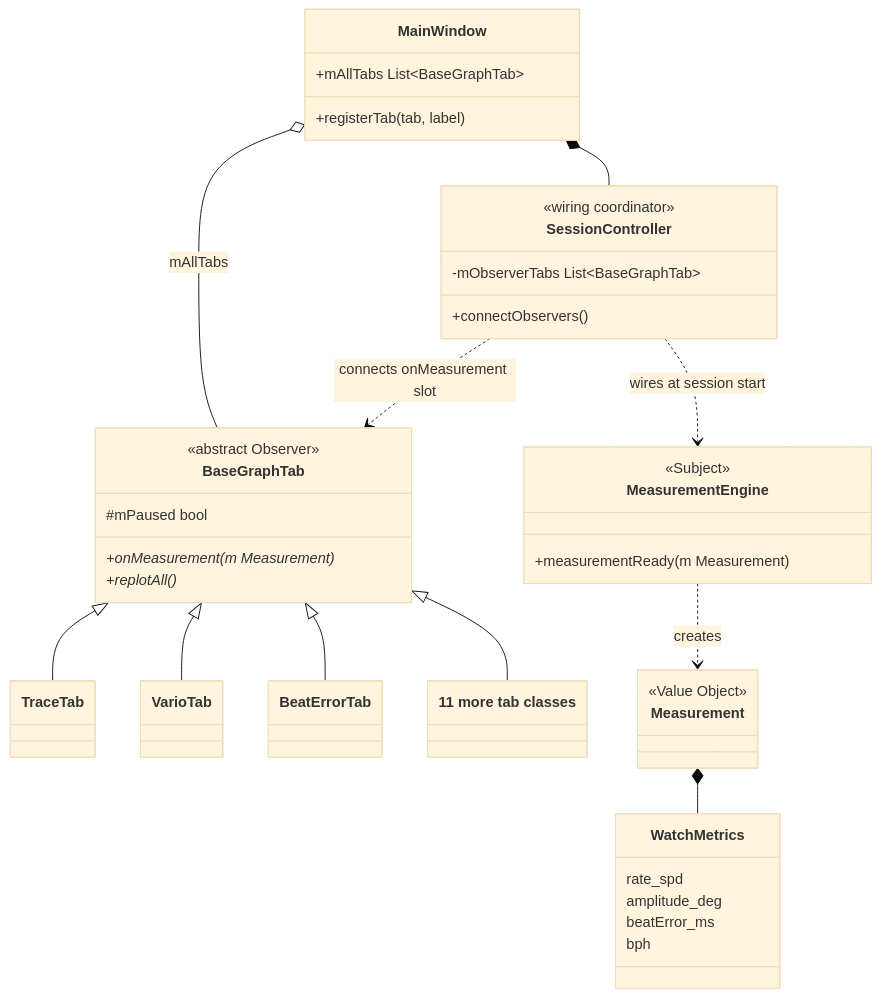
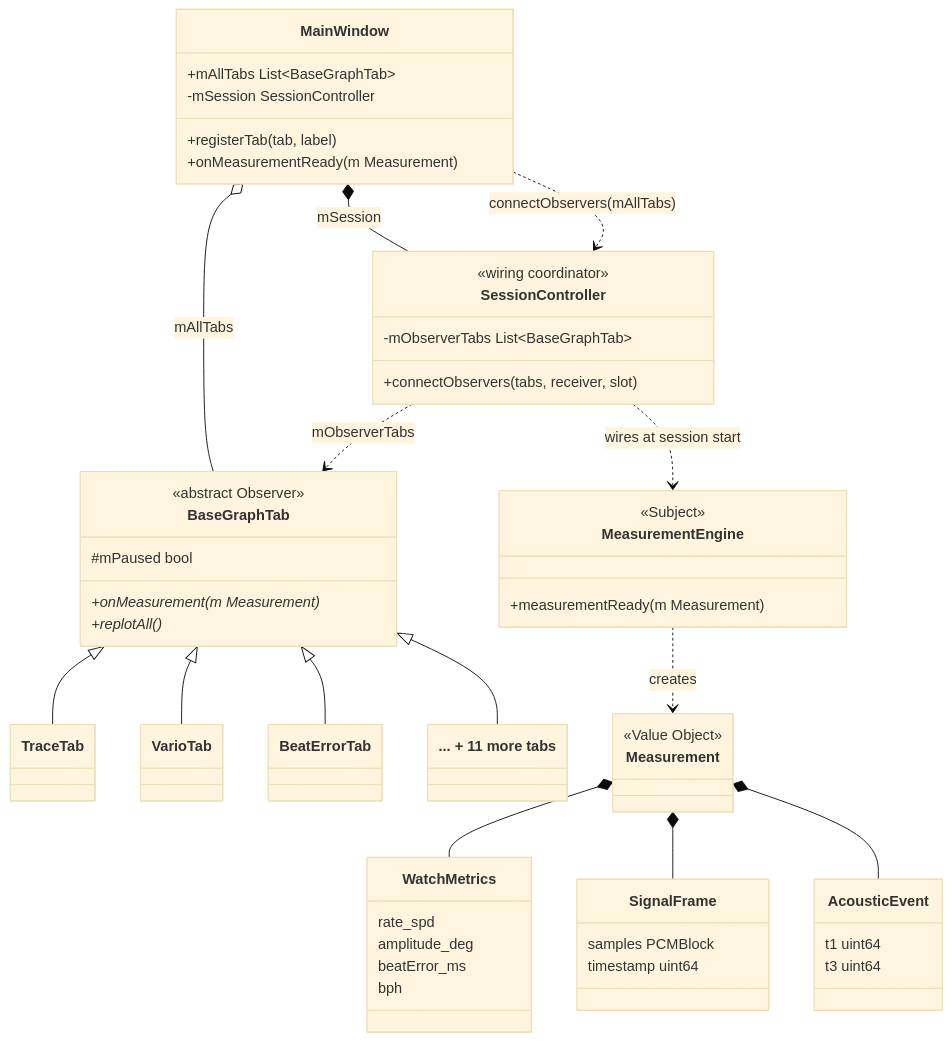
Before and after one commit to Ji-Min-Lee/2026-3-sw-architect-studio-project: the diagram in docs/milestone3/architecture/graph-tab-view.md, drawn with Mermaid (base theme). The commit also changed other lines of this file and 2 other files, not shown here.

First line of the commit message:
docs(m3): enrich architecture views with M2 final content

````diff
--- a/docs/milestone3/architecture/graph-tab-view.md
+++ b/docs/milestone3/architecture/graph-tab-view.md
@@ -5,46 +5,59 @@
 ```mermaid
 classDiagram
     class MeasurementEngine {
         <<Subject>>
         +measurementReady(m Measurement)
     }
     class BaseGraphTab {
         <<abstract Observer>>
         +onMeasurement(m Measurement)*
         +replotAll()*
         #mPaused bool
     }
     class TraceTab
     class VarioTab
     class BeatErrorTab
-    class OtherTabs["11 more tab classes"]
+    class OtherTabs["... + 11 more tabs"]
     class Measurement {
         <<Value Object>>
     }
     class WatchMetrics {
         rate_spd
         amplitude_deg
         beatError_ms
         bph
     }
+    class SignalFrame {
+        samples PCMBlock
+        timestamp uint64
+    }
+    class AcousticEvent {
+        t1 uint64
+        t3 uint64
+    }
     class MainWindow {
         +mAllTabs List~BaseGraphTab~
         +registerTab(tab, label)
+        +onMeasurementReady(m Measurement)
+        -mSession SessionController
     }
     class SessionController {
         <<wiring coordinator>>
         -mObserverTabs List~BaseGraphTab~
-        +connectObservers()
+        +connectObservers(tabs, receiver, slot)
     }
 
     MeasurementEngine ..> Measurement : creates
     Measurement *-- WatchMetrics
+    Measurement *-- SignalFrame
+    Measurement *-- AcousticEvent
     BaseGraphTab <|-- TraceTab
     BaseGraphTab <|-- VarioTab
     BaseGraphTab <|-- BeatErrorTab
     BaseGraphTab <|-- OtherTabs
     MainWindow o-- BaseGraphTab : mAllTabs
-    MainWindow *-- SessionController
+    MainWindow *-- SessionController : mSession
+    MainWindow ..> SessionController : connectObservers(mAllTabs)
+    SessionController ..> BaseGraphTab : mObserverTabs
     SessionController ..> MeasurementEngine : wires at session start
-    SessionController ..> BaseGraphTab : connects onMeasurement slot
 ```
````
